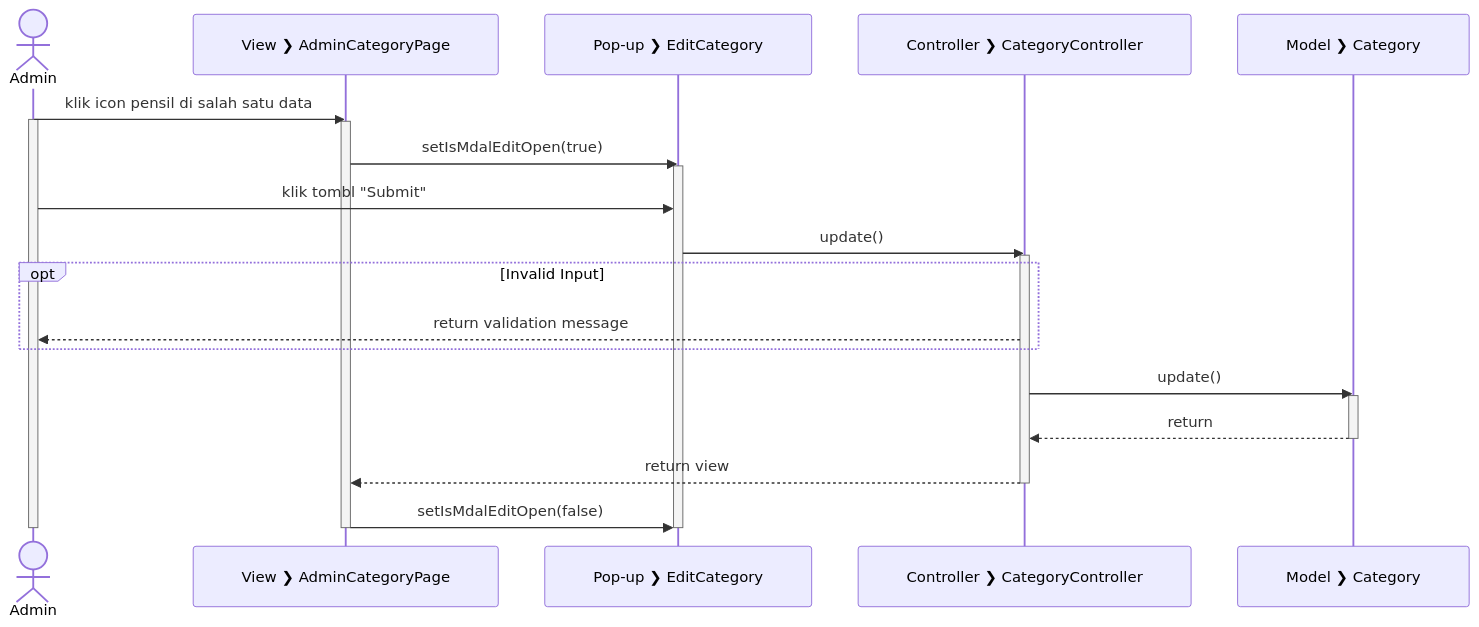
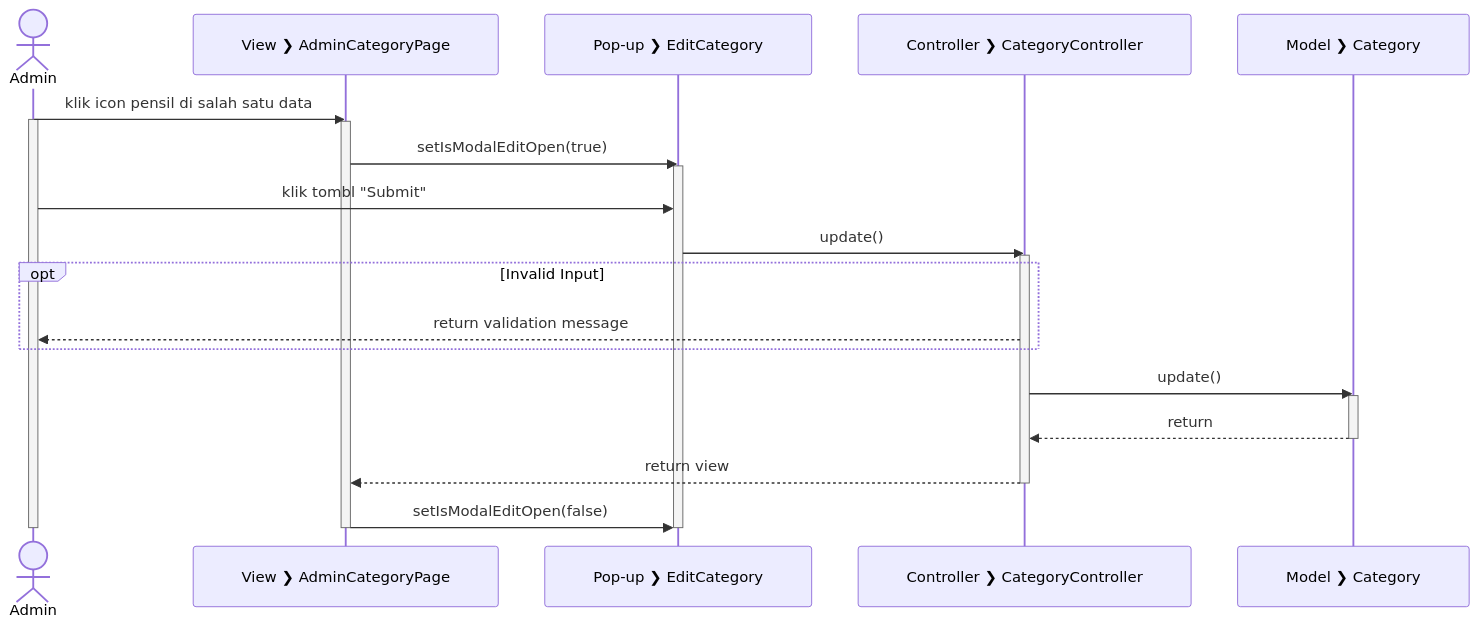
One commit to rizalgrandonk/salesprint-diagrams changed the diagram in sequence/EditAdminCategory.mmd. Above: the diagram before and after it, drawn with Mermaid. The commit also changed 11 other files, not shown here.

```diff
--- a/sequence/EditAdminCategory.mmd
+++ b/sequence/EditAdminCategory.mmd
@@ -1,44 +1,44 @@
 sequenceDiagram
   actor Admin
   participant V_ACP as View #10095; AdminCategoryPage
   participant P_EC as Pop-up #10095; EditCategory
   participant C_C as Controller #10095; CategoryController
   participant M_C as Model #10095; Category
   
   Admin->>V_ACP: klik icon pensil di salah satu data
   
   activate Admin
 
   activate V_ACP
 
-  V_ACP->>P_EC: setIsMdalEditOpen(true)
+  V_ACP->>P_EC: setIsModalEditOpen(true)
 
   activate P_EC
 
   Admin->>P_EC: klik tombl "Submit"
   P_EC->>C_C: update()
 
   activate C_C
 
   opt Invalid Input
     C_C-->>Admin: return validation message
   end
 
   C_C->>M_C: update()
   
   activate M_C
   
   M_C-->>C_C: return
 
   deactivate M_C
 
   C_C-->>V_ACP: return view
 
   deactivate C_C
   
-  V_ACP->>P_EC: setIsMdalEditOpen(false)
+  V_ACP->>P_EC: setIsModalEditOpen(false)
 
   deactivate P_EC
   deactivate V_ACP
 
   deactivate Admin
```
